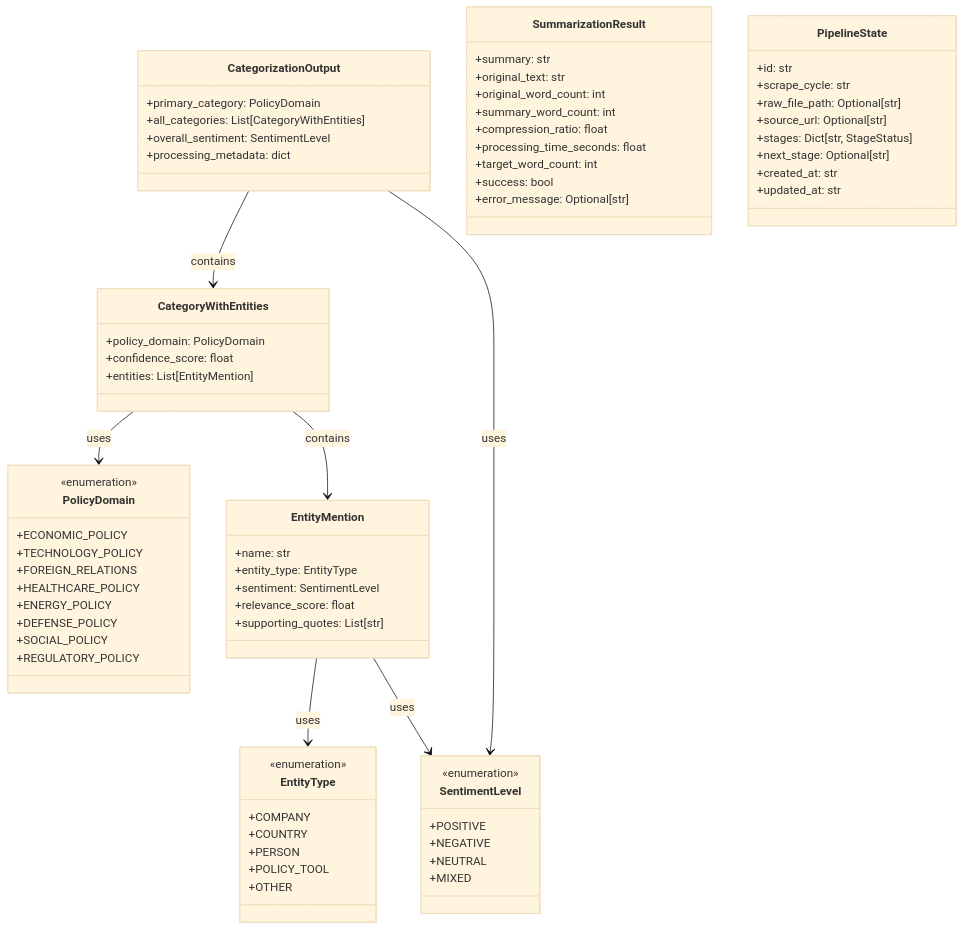
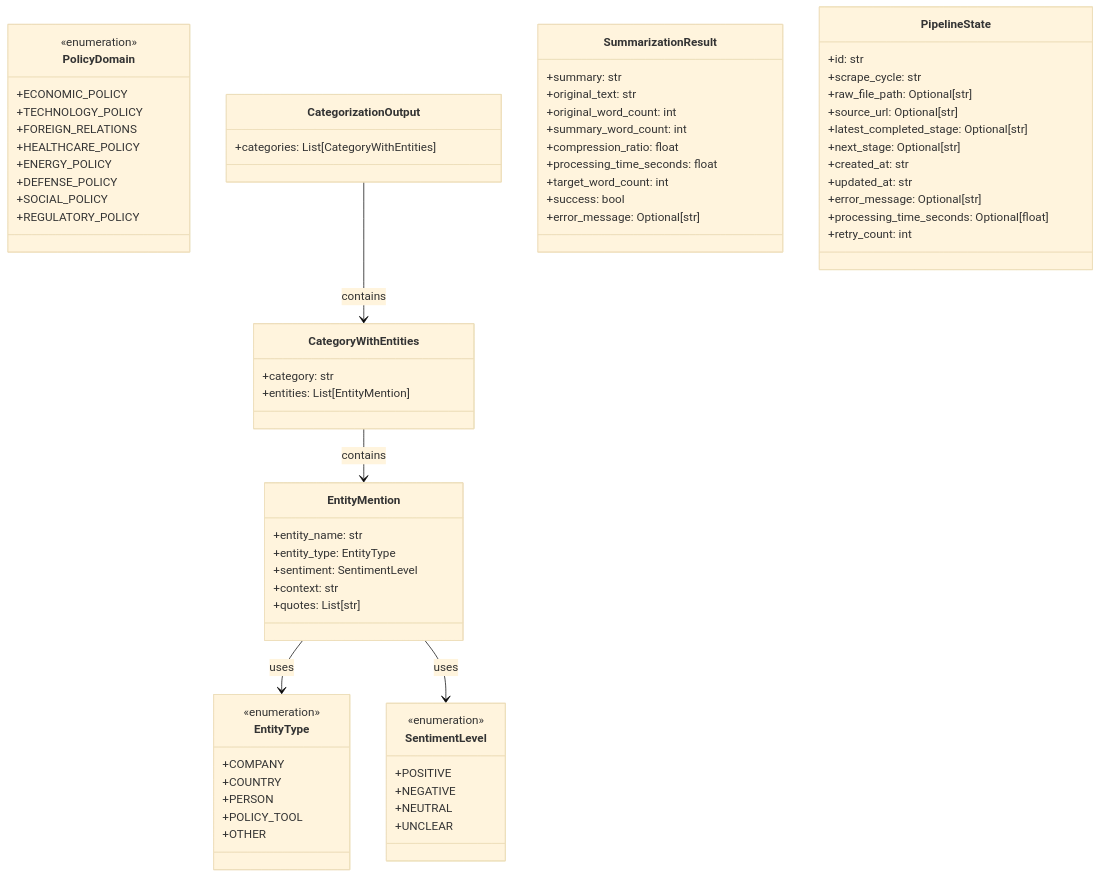
The third of 6 diagrams in documentation/architecture.md (dmitriyratu/DiscourseKG), drawn with Mermaid (base theme) before and after one commit. The commit also changed other lines of this file, not shown here.

First line of the commit message:
refactor: update architecture documentation and data model definitions

````diff
--- a/documentation/architecture.md
+++ b/documentation/architecture.md
@@ -163,82 +157,79 @@
 ```mermaid
 classDiagram
     class PolicyDomain {
         <<enumeration>>
         +ECONOMIC_POLICY
         +TECHNOLOGY_POLICY
         +FOREIGN_RELATIONS
         +HEALTHCARE_POLICY
         +ENERGY_POLICY
         +DEFENSE_POLICY
         +SOCIAL_POLICY
         +REGULATORY_POLICY
     }
     
     class EntityType {
         <<enumeration>>
         +COMPANY
         +COUNTRY
         +PERSON
         +POLICY_TOOL
         +OTHER
     }
     
     class SentimentLevel {
         <<enumeration>>
         +POSITIVE
         +NEGATIVE
         +NEUTRAL
-        +MIXED
+        +UNCLEAR
     }
     
     class EntityMention {
-        +name: str
+        +entity_name: str
         +entity_type: EntityType
         +sentiment: SentimentLevel
-        +relevance_score: float
-        +supporting_quotes: List[str]
+        +context: str
+        +quotes: List[str]
     }
     
     class CategoryWithEntities {
-        +policy_domain: PolicyDomain
-        +confidence_score: float
+        +category: str
         +entities: List[EntityMention]
     }
     
     class CategorizationOutput {
-        +primary_category: PolicyDomain
-        +all_categories: List[CategoryWithEntities]
-        +overall_sentiment: SentimentLevel
-        +processing_metadata: dict
+        +categories: List[CategoryWithEntities]
     }
     
     class SummarizationResult {
         +summary: str
         +original_text: str
         +original_word_count: int
         +summary_word_count: int
         +compression_ratio: float
         +processing_time_seconds: float
         +target_word_count: int
         +success: bool
         +error_message: Optional[str]
     }
     
     class PipelineState {
         +id: str
         +scrape_cycle: str
         +raw_file_path: Optional[str]
         +source_url: Optional[str]
-        +stages: Dict[str, StageStatus]
+        +latest_completed_stage: Optional[str]
         +next_stage: Optional[str]
         +created_at: str
         +updated_at: str
+        +error_message: Optional[str]
+        +processing_time_seconds: Optional[float]
+        +retry_count: int
     }
     
     CategorizationOutput --> CategoryWithEntities : contains
     CategoryWithEntities --> EntityMention : contains
-    CategoryWithEntities --> PolicyDomain : uses
     EntityMention --> EntityType : uses
     EntityMention --> SentimentLevel : uses
-    CategorizationOutput --> SentimentLevel : uses
 ```
````
